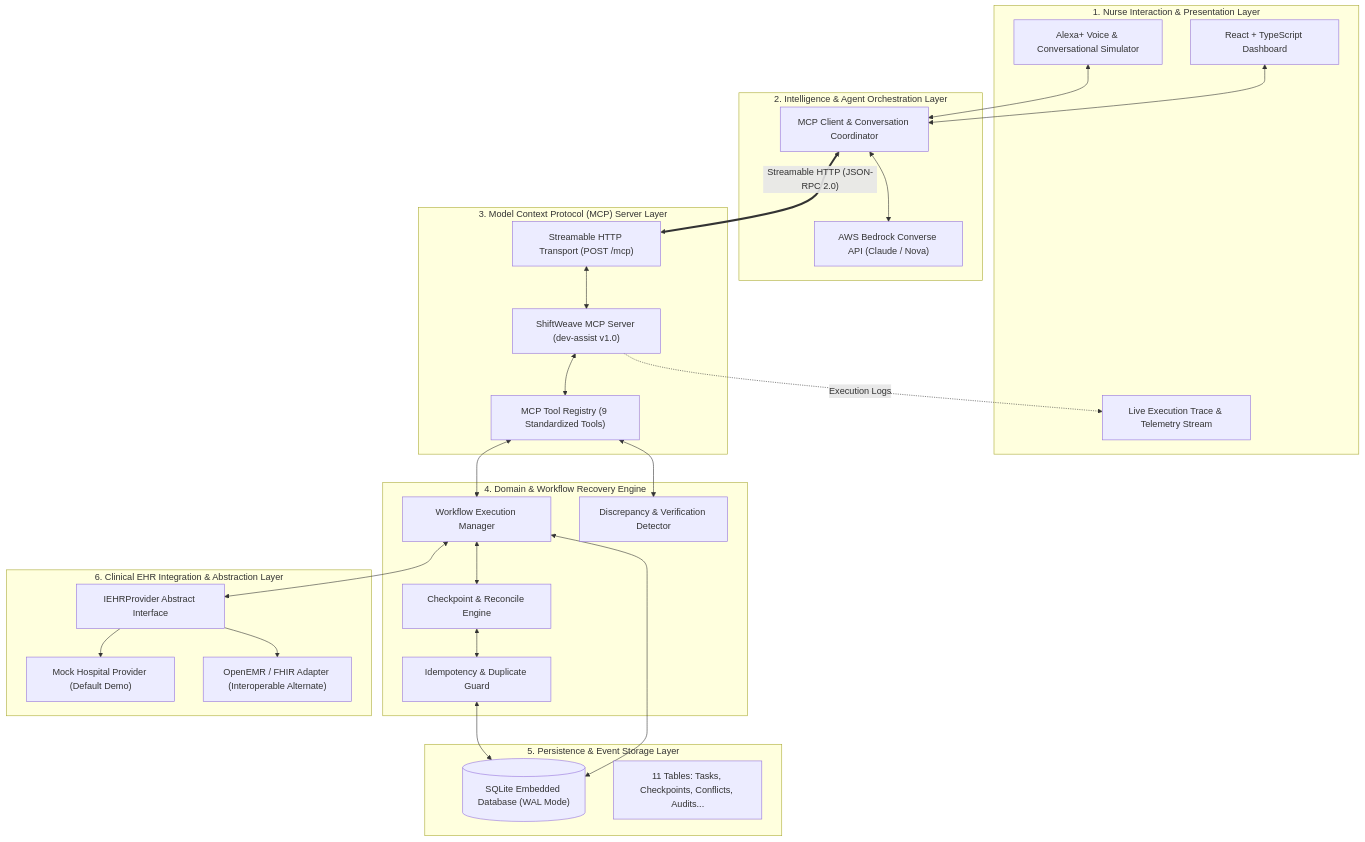
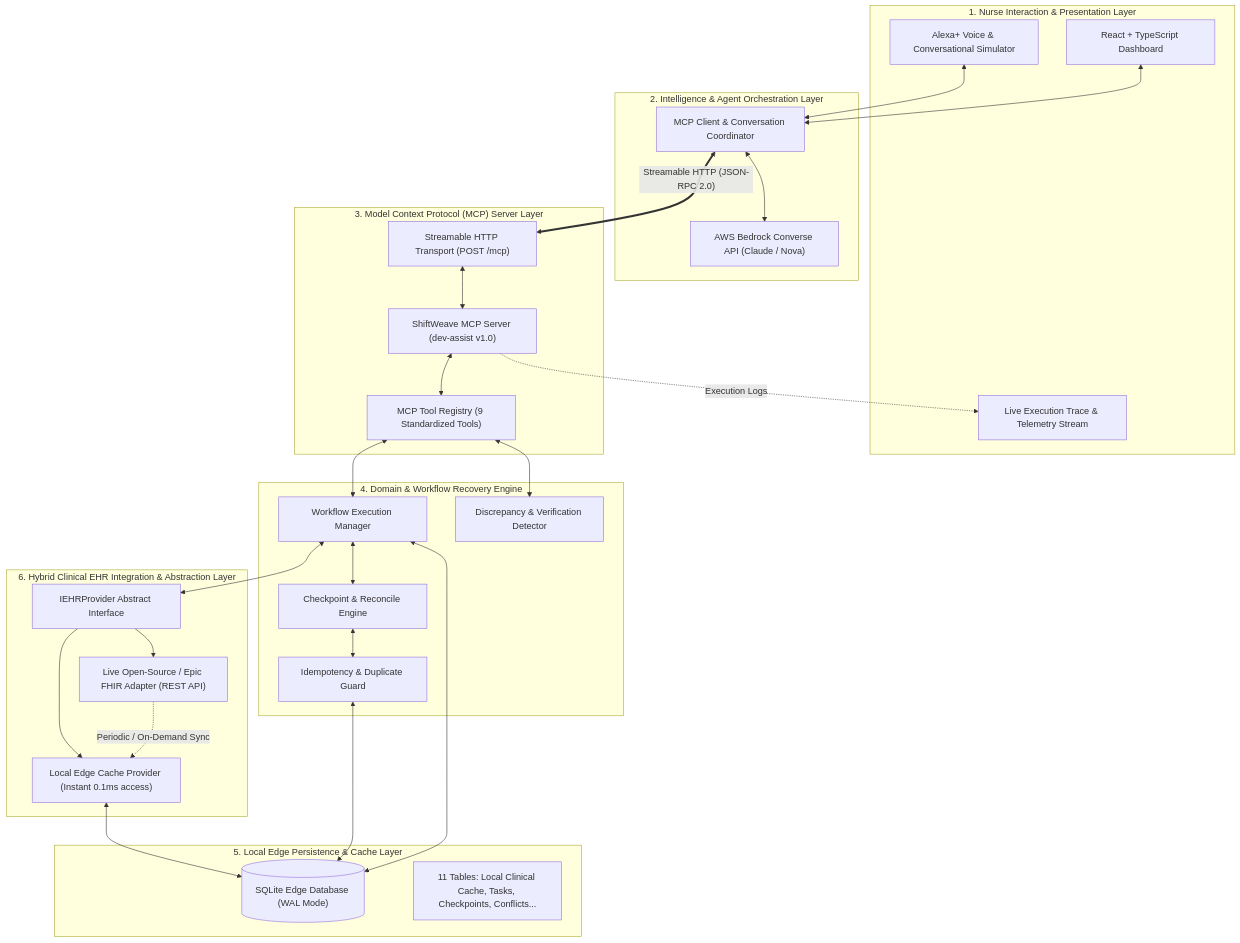
The first of 3 diagrams in architecture.md (agrasenrai/dev_assist), drawn with Mermaid before and after one commit. The commit also changed other lines of this file and 5 other files, not shown here.

Commit message:
updated md file for local database + ai hybrid

````diff
--- a/architecture.md
+++ b/architecture.md
@@ -16,55 +16,57 @@
 ```mermaid
 flowchart TB
     subgraph ClientLayer ["1. Nurse Interaction & Presentation Layer"]
         UI["React + TypeScript Dashboard"]
         VoiceSim["Alexa+ Voice & Conversational Simulator"]
         TraceView["Live Execution Trace & Telemetry Stream"]
     end
 
     subgraph AgentLayer ["2. Intelligence & Agent Orchestration Layer"]
         Bedrock["AWS Bedrock Converse API (Claude / Nova)"]
         AgentHost["MCP Client & Conversation Coordinator"]
     end
 
     subgraph MCPLayer ["3. Model Context Protocol (MCP) Server Layer"]
         Transport["Streamable HTTP Transport (POST /mcp)"]
         McpServer["ShiftWeave MCP Server (dev-assist v1.0)"]
         ToolRegistry["MCP Tool Registry (9 Standardized Tools)"]
     end
 
     subgraph CoreEngine ["4. Domain & Workflow Recovery Engine"]
         WorkflowRunner["Workflow Execution Manager"]
         RecoveryEngine["Checkpoint & Reconcile Engine"]
         ConflictEngine["Discrepancy & Verification Detector"]
         IdempotencyGuard["Idempotency & Duplicate Guard"]
     end
 
-    subgraph DataLayer ["5. Persistence & Event Storage Layer"]
-        SQLite[("SQLite Embedded Database (WAL Mode)")]
-        Tables["11 Tables: Tasks, Checkpoints, Conflicts, Audits..."]
+    subgraph DataLayer ["5. Local Edge Persistence & Cache Layer"]
+        SQLite[("SQLite Edge Database (WAL Mode)")]
+        Tables["11 Tables: Local Clinical Cache, Tasks, Checkpoints, Conflicts..."]
     end
 
-    subgraph IntegrationLayer ["6. Clinical EHR Integration & Abstraction Layer"]
+    subgraph IntegrationLayer ["6. Hybrid Clinical EHR Integration & Abstraction Layer"]
         Adapter["IEHRProvider Abstract Interface"]
-        MockEHR["Mock Hospital Provider (Default Demo)"]
-        OpenEMR["OpenEMR / FHIR Adapter (Interoperable Alternate)"]
+        LocalCache["Local Edge Cache Provider (Instant 0.1ms access)"]
+        LiveFHIR["Live Open-Source / Epic FHIR Adapter (REST API)"]
     end
 
     %% Connections
     VoiceSim <--> AgentHost
     UI <--> AgentHost
     AgentHost <--> Bedrock
     AgentHost <== "Streamable HTTP (JSON-RPC 2.0)" ==> Transport
     Transport <--> McpServer
     McpServer <--> ToolRegistry
     ToolRegistry <--> WorkflowRunner
     ToolRegistry <--> ConflictEngine
     WorkflowRunner <--> RecoveryEngine
     RecoveryEngine <--> IdempotencyGuard
     WorkflowRunner <--> Adapter
-    Adapter --> MockEHR
-    Adapter --> OpenEMR
+    Adapter --> LocalCache
+    Adapter --> LiveFHIR
+    LiveFHIR -. "Periodic / On-Demand Sync" .-> LocalCache
+    LocalCache <--> SQLite
     IdempotencyGuard <--> SQLite
     WorkflowRunner <--> SQLite
     McpServer -. "Execution Logs" .-> TraceView
 ```
````
